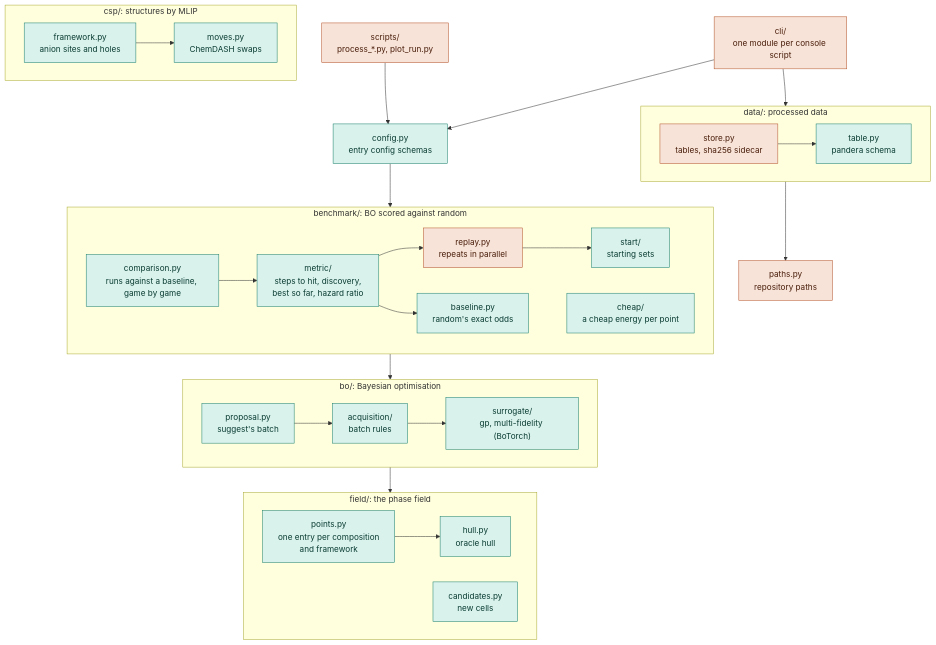
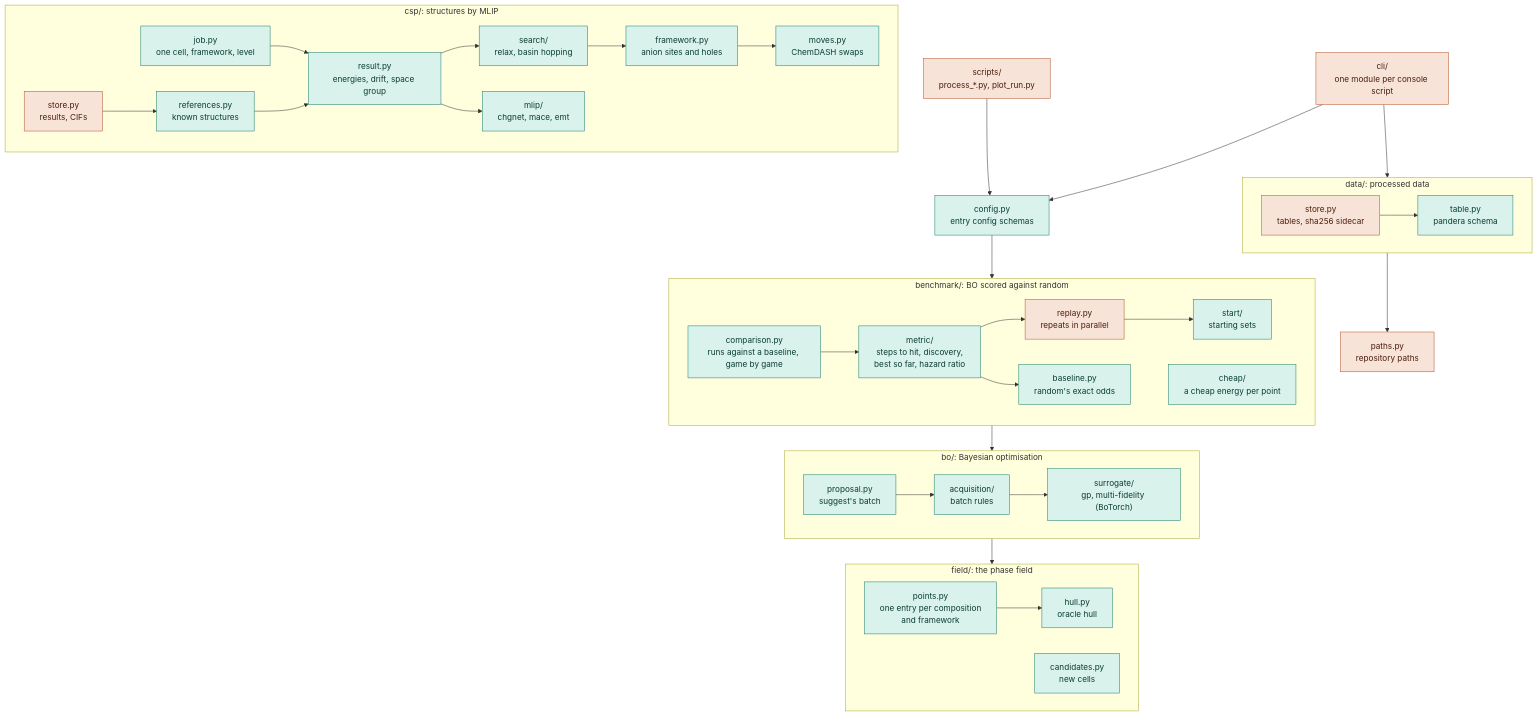
Before and after one commit to nuinashco/PhaseBO: the first of 2 diagrams in CONTRIBUTING.md, drawn with Mermaid. The commit also changed other lines of this file and 33 other files, not shown here.

Commit message:
feat(csp): search arrangements ranked by mlip potentials

````diff
--- a/CONTRIBUTING.md
+++ b/CONTRIBUTING.md
@@ -10,44 +10,52 @@
 ```mermaid
 flowchart TD
     scripts["scripts/<br/>process_*.py, plot_run.py"]:::side
     cli["cli/<br/>one module per console script"]:::side
     config["config.py<br/>entry config schemas"]:::pure
     subgraph benchmark["benchmark/: BO scored against random"]
         comparison["comparison.py<br/>runs against a baseline, game by game"]:::pure
         metric["metric/<br/>steps to hit, discovery,<br/>best so far, hazard ratio"]:::pure
         replay["replay.py<br/>repeats in parallel"]:::side
         start["start/<br/>starting sets"]:::pure
         baseline["baseline.py<br/>random's exact odds"]:::pure
         cheap["cheap/<br/>a cheap energy per point"]:::pure
         comparison --> metric --> replay --> start
         metric --> baseline
     end
     subgraph bo["bo/: Bayesian optimisation"]
         proposal["proposal.py<br/>suggest's batch"]:::pure
         acquisition["acquisition/<br/>batch rules"]:::pure
         surrogate["surrogate/<br/>gp, multi-fidelity (BoTorch)"]:::pure
         proposal --> acquisition --> surrogate
     end
     subgraph field["field/: the phase field"]
         points["points.py<br/>one entry per composition<br/>and framework"]:::pure
         hull["hull.py<br/>oracle hull"]:::pure
         candidates["candidates.py<br/>new cells"]:::pure
         points --> hull
     end
     subgraph csp["csp/: structures by MLIP"]
+        job["job.py<br/>one cell, framework, level"]:::pure
+        cspstore["store.py<br/>results, CIFs"]:::side
+        references["references.py<br/>known structures"]:::pure
+        result["result.py<br/>energies, drift, space group"]:::pure
+        search["search/<br/>relax, basin hopping"]:::pure
         framework["framework.py<br/>anion sites and holes"]:::pure
+        mlip["mlip/<br/>chgnet, mace, emt"]:::pure
         moves["moves.py<br/>ChemDASH swaps"]:::pure
-        framework --> moves
+        job --> result
+        cspstore --> references --> result --> search --> framework --> moves
+        result --> mlip
     end
     subgraph data["data/: processed data"]
         store["store.py<br/>tables, sha256 sidecar"]:::side
         table["table.py<br/>pandera schema"]:::pure
         store --> table
     end
     paths["paths.py<br/>repository paths"]:::side
     scripts --> config
     cli --> config --> benchmark --> bo --> field
     cli --> data --> paths
     classDef pure fill:#d9f2ec,stroke:#1b7f6b,color:#0b3d33
     classDef side fill:#f8e3d8,stroke:#b4532a,color:#4a1f0c
 ```
````
